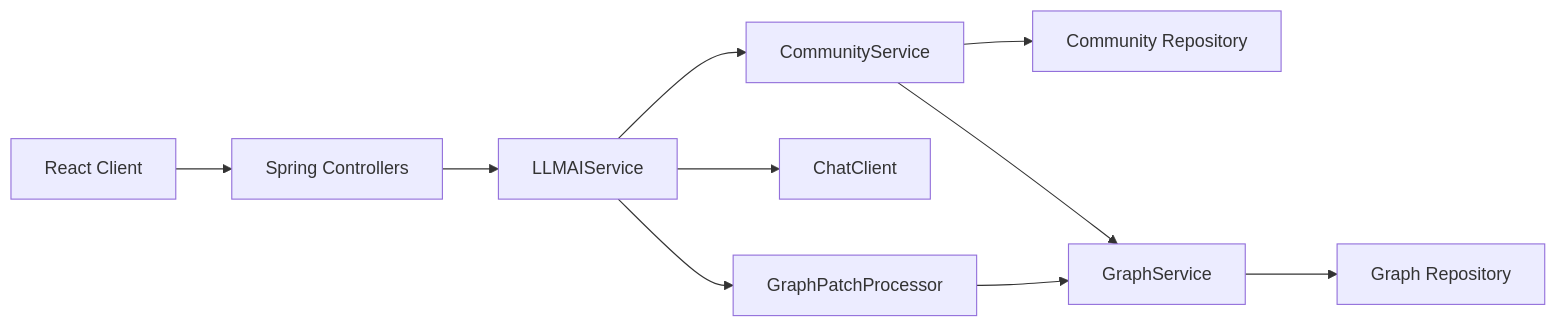
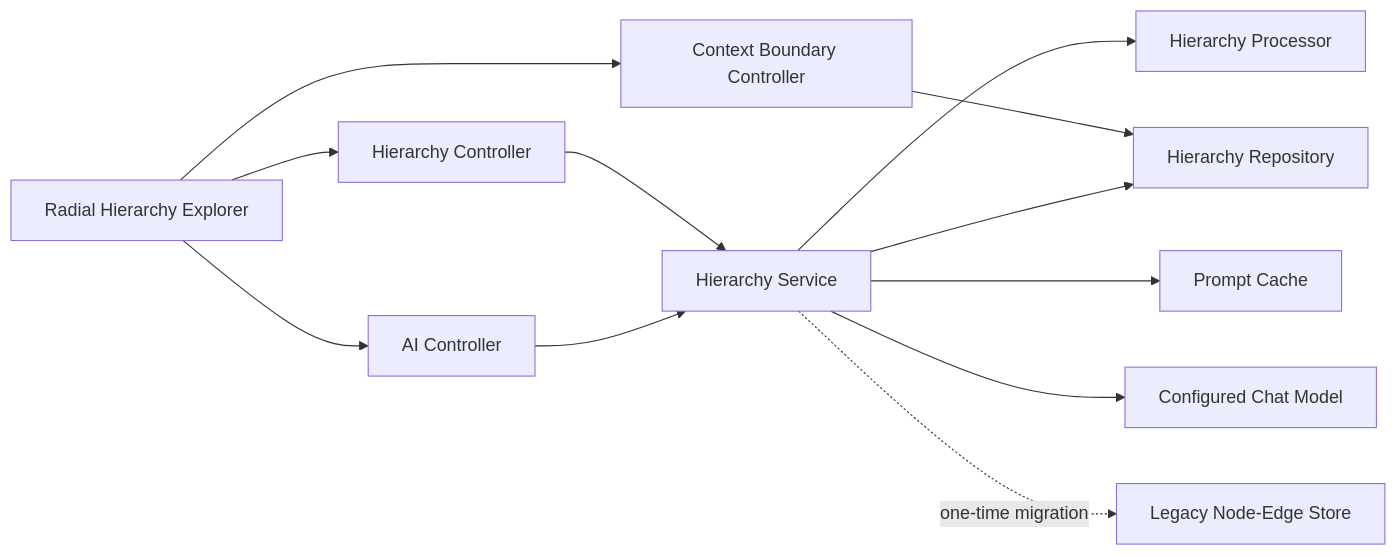
The first of 2 diagrams in knodeledge-spring/docs/1.system_overview.md (kuchuk-borom-debbarma/Knodeledge), drawn with Mermaid before and after one commit. The commit also changed other lines of this file and 65 other files, not shown here.

````diff
--- a/knodeledge-spring/docs/1.system_overview.md
+++ b/knodeledge-spring/docs/1.system_overview.md
@@ -23,12 +18,14 @@
 ```mermaid
 flowchart LR
-    UI[React Client] --> API[Spring Controllers]
-    API --> AI[LLMAIService]
-    AI --> C[CommunityService]
-    C --> CR[Community Repository]
-    C --> G[GraphService]
-    AI --> LLM[ChatClient]
-    AI --> P[GraphPatchProcessor]
-    P --> G
-    G --> GR[Graph Repository]
+    UI[Radial Hierarchy Explorer] --> HC[Hierarchy Controller]
+    UI --> AI[AI Controller]
+    UI --> BC[Context Boundary Controller]
+    HC --> HS[Hierarchy Service]
+    AI --> HS
+    BC --> HR[Hierarchy Repository]
+    HS --> HP[Hierarchy Processor]
+    HS --> HR
+    HS --> PC[Prompt Cache]
+    HS --> LLM[Configured Chat Model]
+    HS -. one-time migration .-> LEGACY[Legacy Node-Edge Store]
 ```
````
